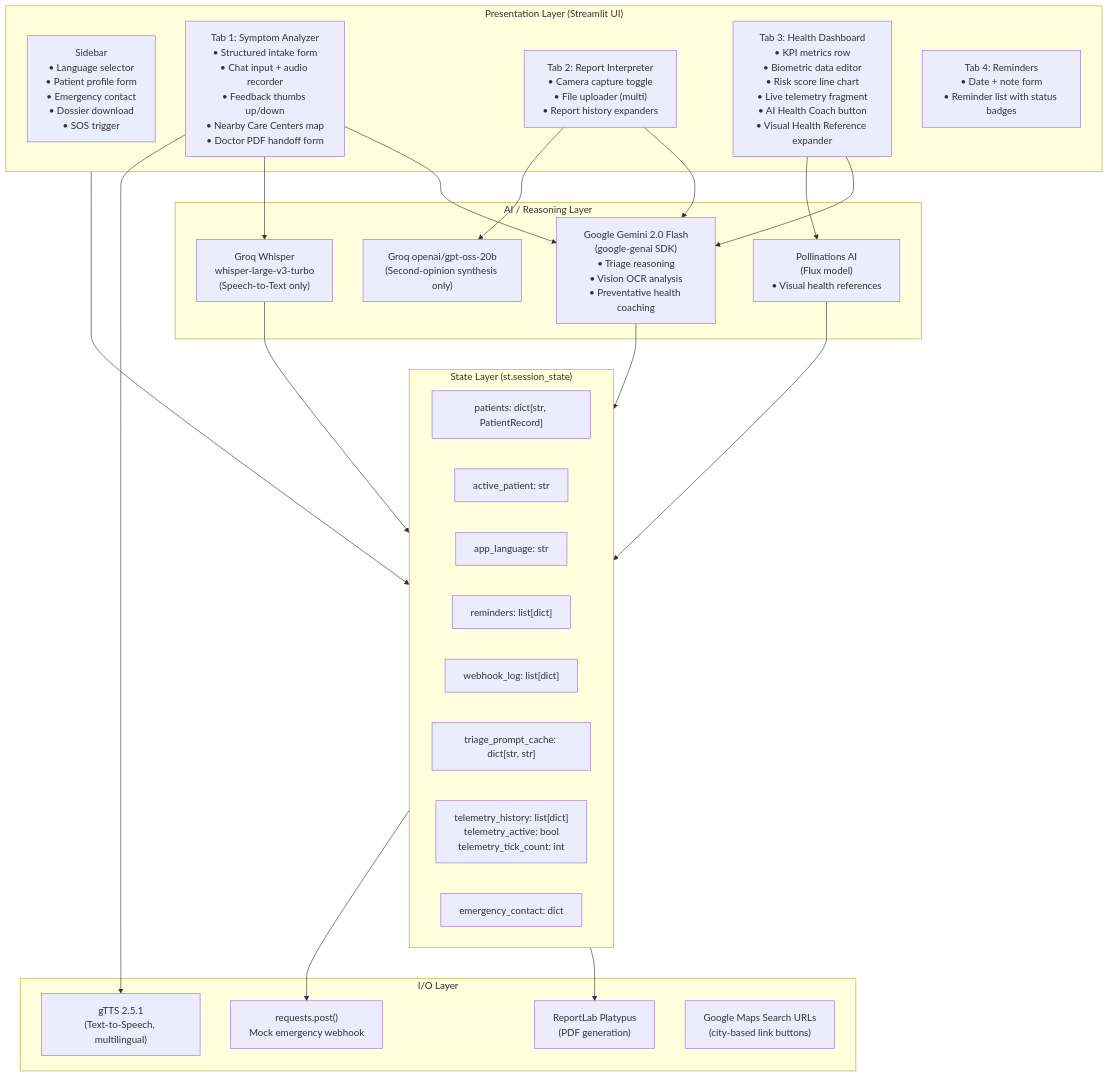
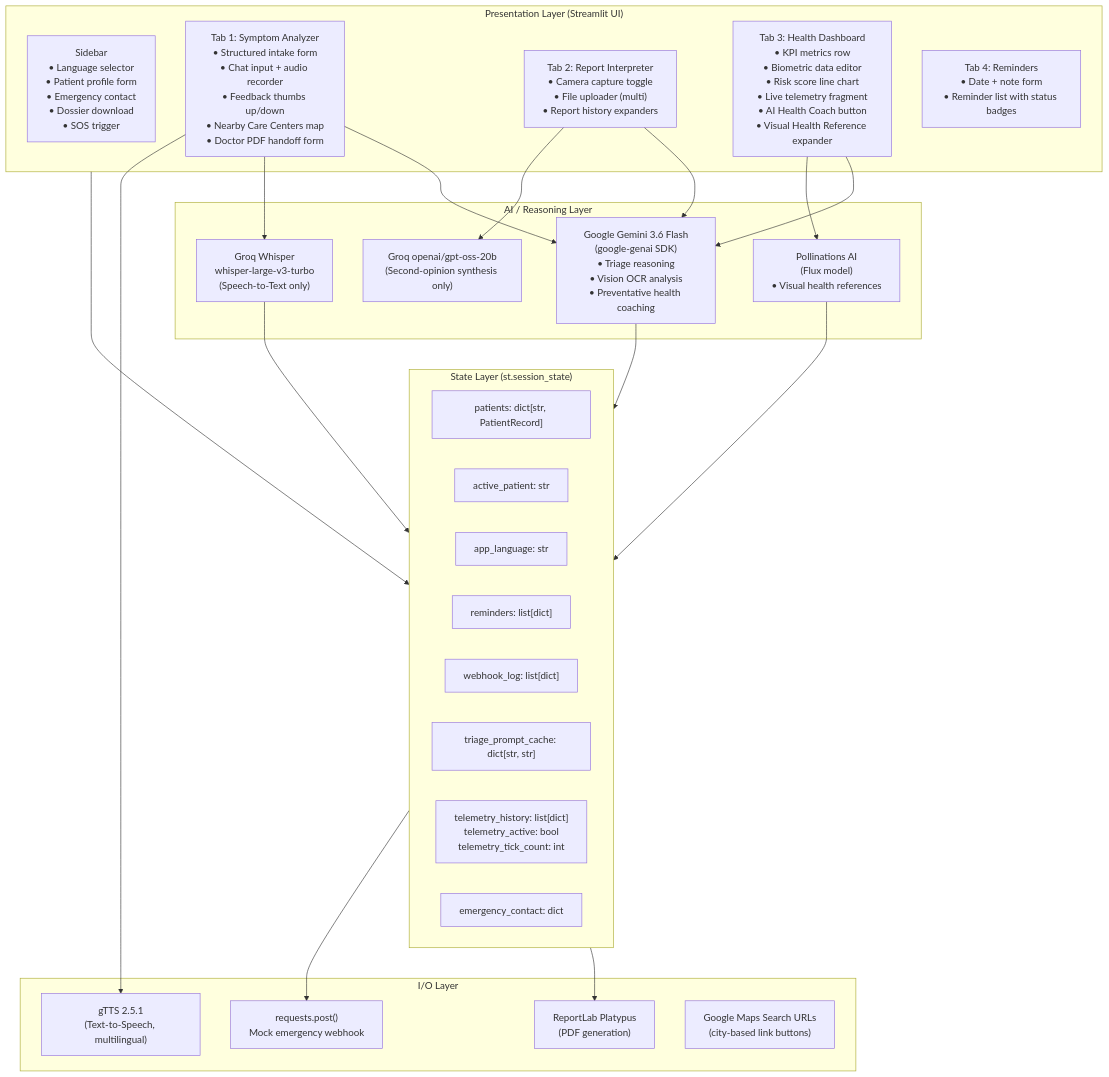
One commit to shreyaspatankar-07/MediScan-AI changed the diagram in docs/TECHNICAL_DESIGN.md. Above: the diagram before and after it, drawn with Mermaid. The commit also changed other lines of this file and 2 other files, not shown here.

Commit message:
fix: update Gemini model from gemini-2.0-flash to gemini-3.6-flash

````diff
--- a/docs/TECHNICAL_DESIGN.md
+++ b/docs/TECHNICAL_DESIGN.md
@@ -30,49 +30,49 @@
 ```mermaid
 graph TD
     subgraph Presentation["Presentation Layer (Streamlit UI)"]
         Sidebar["Sidebar\n• Language selector\n• Patient profile form\n• Emergency contact\n• Dossier download\n• SOS trigger"]
         Tab1["Tab 1: Symptom Analyzer\n• Structured intake form\n• Chat input + audio recorder\n• Feedback thumbs up/down\n• Nearby Care Centers map\n• Doctor PDF handoff form"]
         Tab2["Tab 2: Report Interpreter\n• Camera capture toggle\n• File uploader (multi)\n• Report history expanders"]
         Tab3["Tab 3: Health Dashboard\n• KPI metrics row\n• Biometric data editor\n• Risk score line chart\n• Live telemetry fragment\n• AI Health Coach button\n• Visual Health Reference expander"]
         Tab4["Tab 4: Reminders\n• Date + note form\n• Reminder list with status badges"]
     end
 
     subgraph State["State Layer (st.session_state)"]
         SS_patients["patients: dict[str, PatientRecord]"]
         SS_active["active_patient: str"]
         SS_lang["app_language: str"]
         SS_reminders["reminders: list[dict]"]
         SS_webhook["webhook_log: list[dict]"]
         SS_cache["triage_prompt_cache: dict[str, str]"]
         SS_telemetry["telemetry_history: list[dict]\ntelemetry_active: bool\ntelemetry_tick_count: int"]
         SS_ec["emergency_contact: dict"]
     end
 
     subgraph AI["AI / Reasoning Layer"]
-        Gemini["Google Gemini 2.0 Flash\n(google-genai SDK)\n• Triage reasoning\n• Vision OCR analysis\n• Preventative health coaching"]
+        Gemini["Google Gemini 3.6 Flash\n(google-genai SDK)\n• Triage reasoning\n• Vision OCR analysis\n• Preventative health coaching"]
         WhisperSTT["Groq Whisper\nwhisper-large-v3-turbo\n(Speech-to-Text only)"]
         GroqLLM["Groq openai/gpt-oss-20b\n(Second-opinion synthesis only)"]
         Pollinations["Pollinations AI\n(Flux model)\n• Visual health references"]
     end
 
     subgraph IO["I/O Layer"]
         gTTS["gTTS 2.5.1\n(Text-to-Speech, multilingual)"]
         ReportLab["ReportLab Platypus\n(PDF generation)"]
         Webhook["requests.post()\nMock emergency webhook"]
         Maps["Google Maps Search URLs\n(city-based link buttons)"]
     end
 
     Presentation --> State
     Tab1 --> Gemini
     Tab1 --> WhisperSTT
     Tab1 --> gTTS
     Tab2 --> Gemini
     Tab2 --> GroqLLM
     Tab3 --> Gemini
     Tab3 --> Pollinations
     State --> ReportLab
     State --> Webhook
     Gemini --> State
     WhisperSTT --> State
     Pollinations --> State
 ```
````
